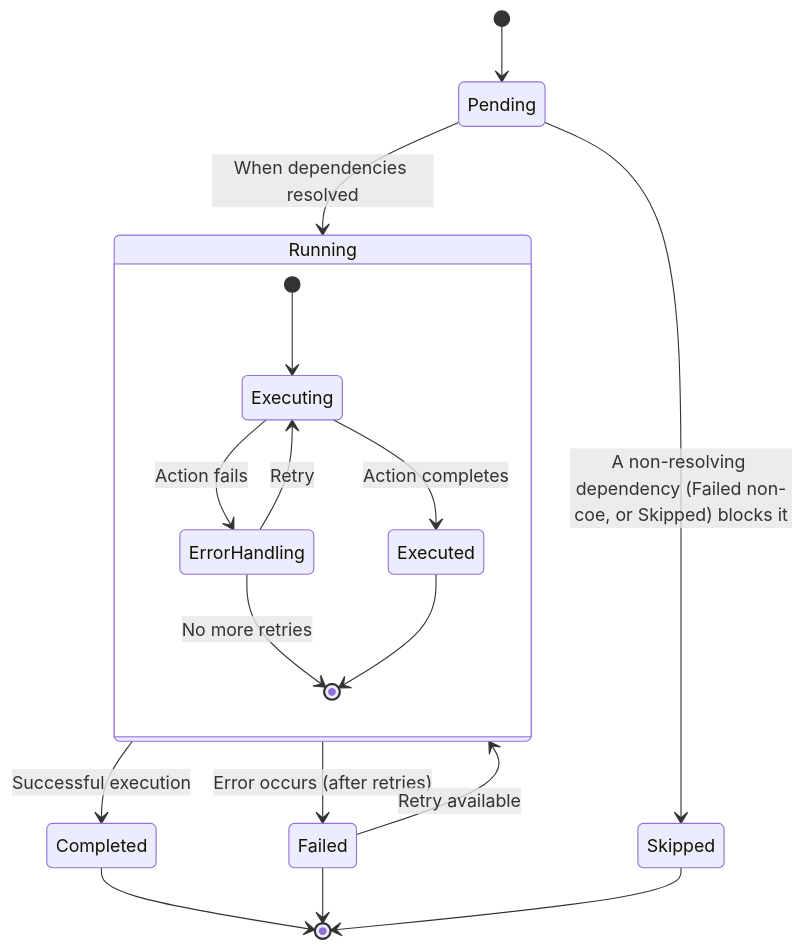
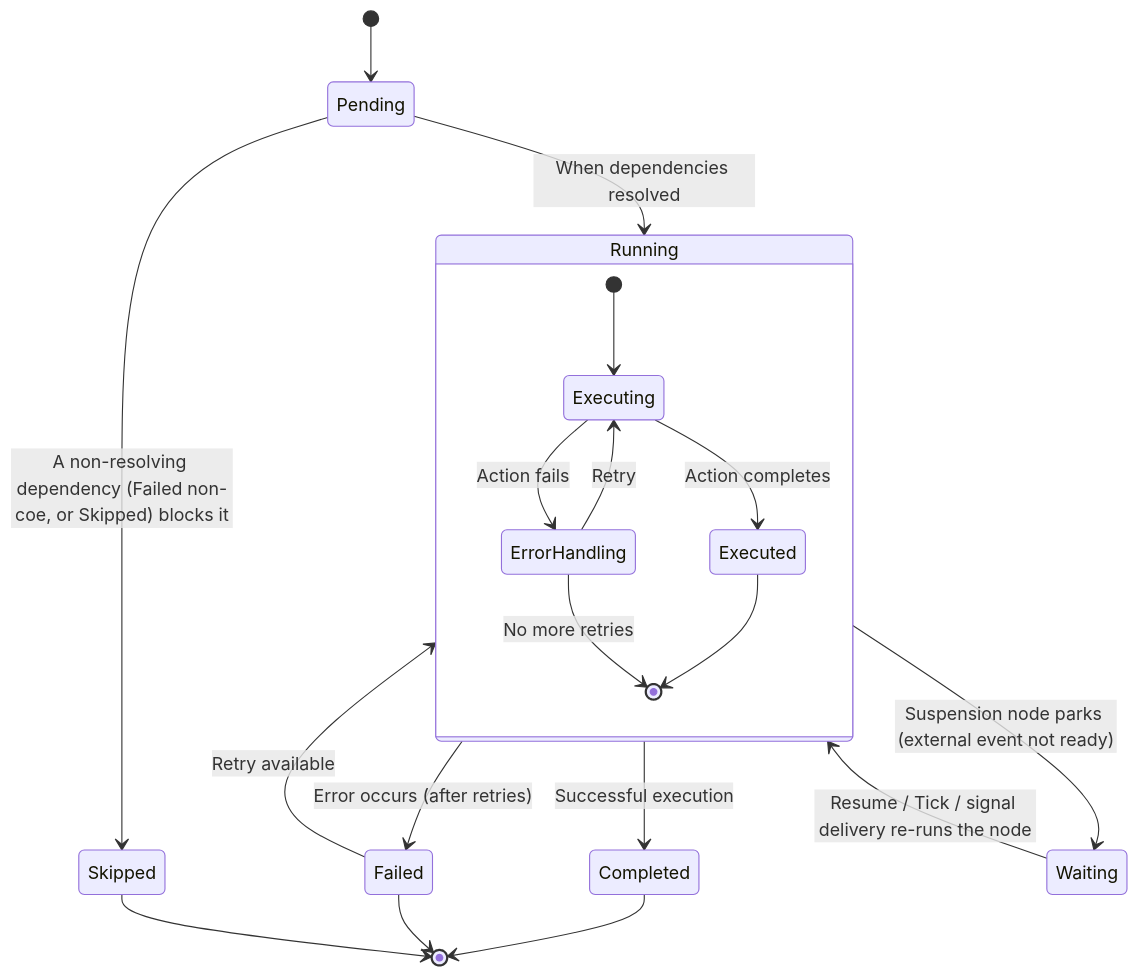
One commit to ppcavalcante/flow-orchestrator changed the first of 2 diagrams in docs/architecture/dag-execution.md. Above: the diagram before and after it, drawn with Mermaid. The commit also changed other lines of this file and 69 other files, not shown here.

````diff
--- a/docs/architecture/dag-execution.md
+++ b/docs/architecture/dag-execution.md
@@ -60,22 +60,24 @@
 ```mermaid
 stateDiagram-v2
     [*] --> Pending
     Pending --> Running: When dependencies resolved
     Pending --> Skipped: A non-resolving dependency (Failed non-coe, or Skipped) blocks it
     Running --> Completed: Successful execution
     Running --> Failed: Error occurs (after retries)
     Failed --> Running: Retry available
+    Running --> Waiting: Suspension node parks (external event not ready)
+    Waiting --> Running: Resume / Tick / signal delivery re-runs the node
 
     Completed --> [*]
     Failed --> [*]
     Skipped --> [*]
 
     state Running {
         [*] --> Executing
         Executing --> Executed: Action completes
         Executing --> ErrorHandling: Action fails
         ErrorHandling --> Executing: Retry
         ErrorHandling --> [*]: No more retries
         Executed --> [*]
     }
 ```
````
